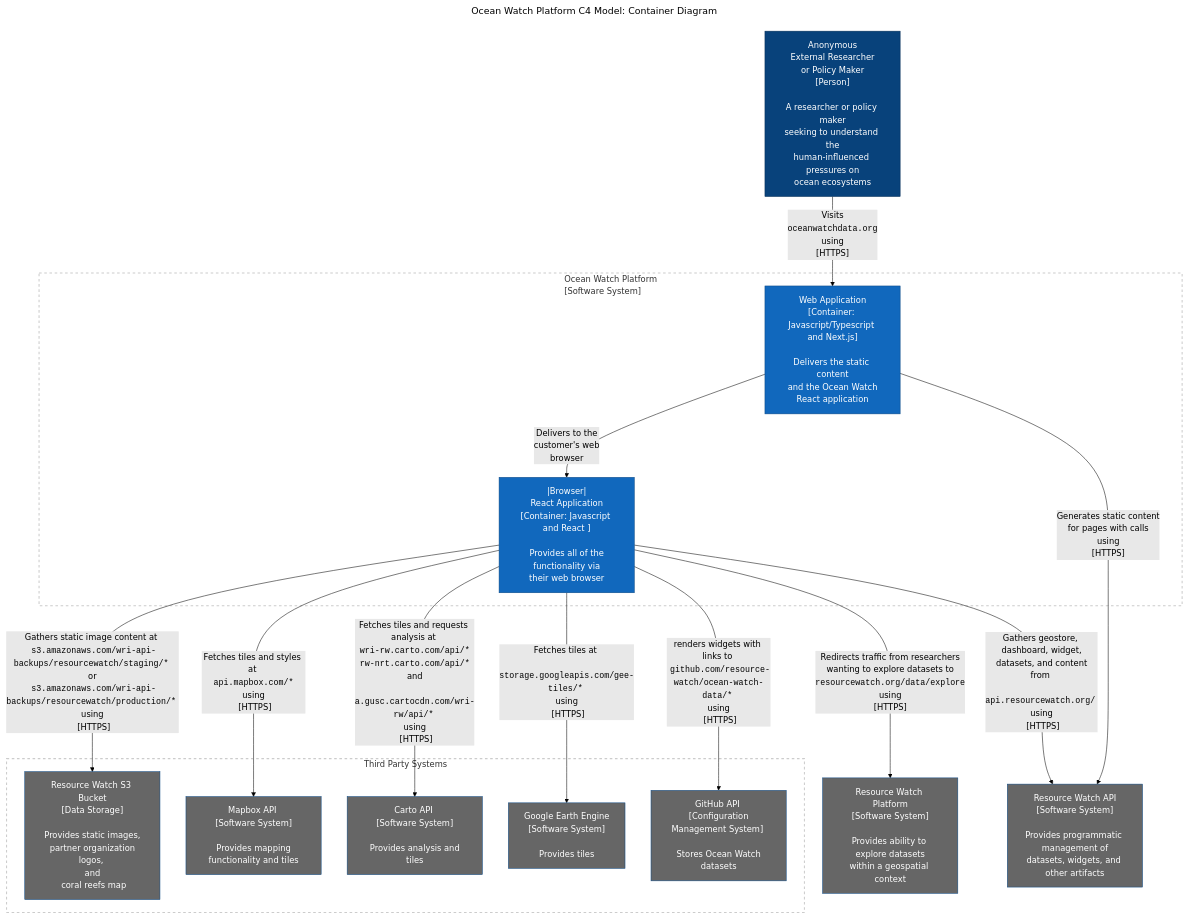
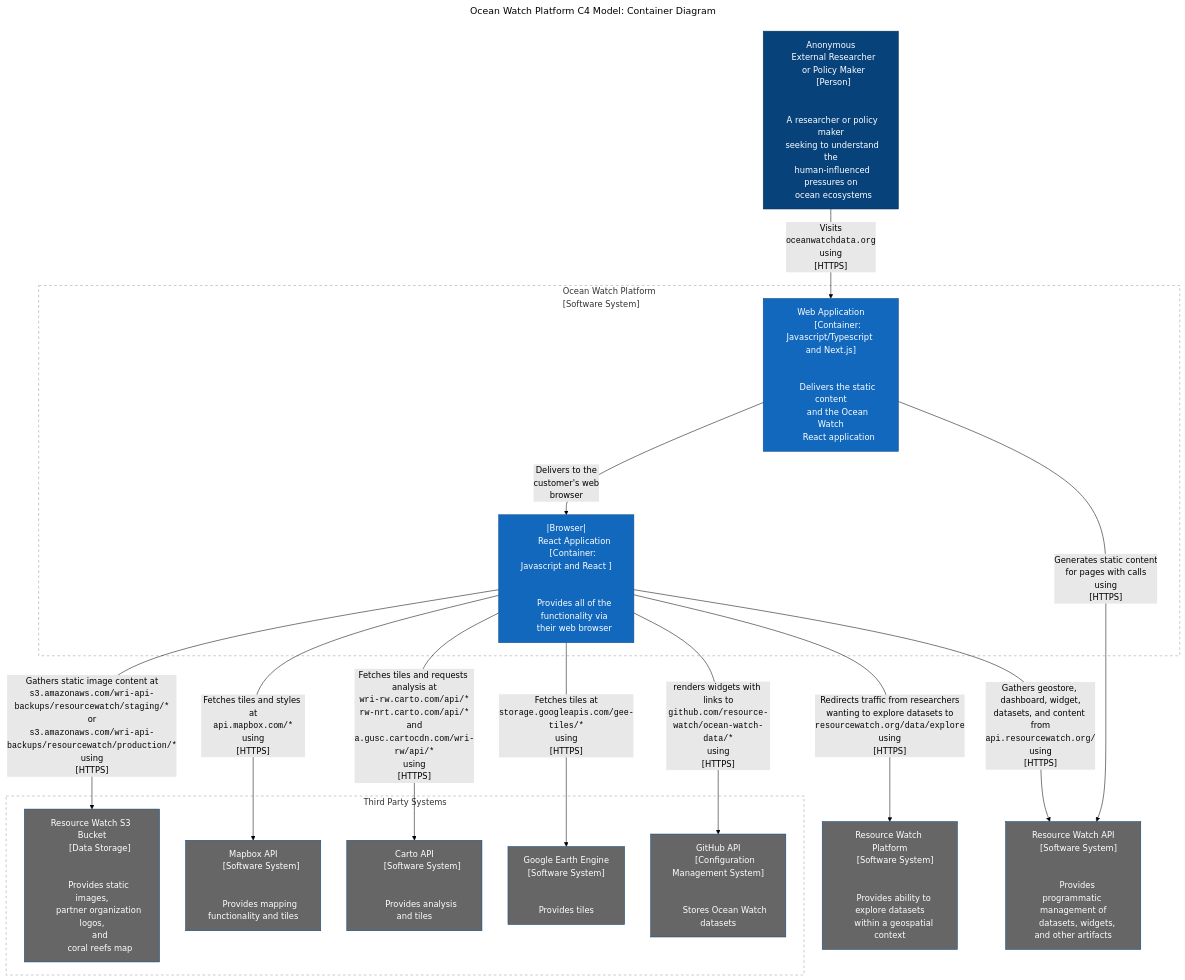
The diagram in docs/architecture/c4_L2_container.md (wri/ocean-watch), drawn with Mermaid (forest theme) before and after one commit. The commit also changed 1 other file, not shown here.

Commit message:
Update c4_L2_container.md (#48)
* Update c4_L2_container.md
Update container diagram to current mermaid syntax

```diff
--- a/docs/architecture/c4_L2_container.md
+++ b/docs/architecture/c4_L2_container.md
@@ -37,37 +37,87 @@
 title: "Ocean Watch Platform C4 Model: Container Diagram"
 ---
 flowchart TD
-  PersonResearcher["Anonymous\nExternal Researcher\nor Policy Maker\n[Person]\n\nA researcher or policy maker\nseeking to understand the\nhuman-influenced pressures on\nocean ecosystems"]
+  PersonResearcher["Anonymous
+  External Researcher
+  or Policy Maker
+  [Person]
+  <br>
+  A researcher or policy maker
+  seeking to understand the
+  human-influenced pressures on
+  ocean ecosystems"]
   
-    subgraph SystemOceanWatch["Ocean Watch Platform\n[Software System]"]
-      ContainerWebApplication["Web Application\n[Container: Javascript/Typescript and Next.js]\n\nDelivers the static content\nand the Ocean Watch\nReact application"]
-      ContainerNextjsApp["|Browser|\nReact Application\n[Container: Javascript and React ]\n\nProvides all of the\nfunctionality via\ntheir web browser"]
+    subgraph SystemOceanWatch["Ocean Watch Platform<br>[Software System]"]
+      ContainerWebApplication["Web Application
+      [Container: Javascript/Typescript and Next.js]
+      <br>
+      Delivers the static content
+      and the Ocean Watch
+      React application"]
+      ContainerNextjsApp["|Browser|
+      React Application
+      [Container: Javascript and React ]
+      <br>
+      Provides all of the
+      functionality via
+      their web browser"]
     end
     
     subgraph ThirdPartySystems["Third Party Systems"]
-      ExtSystemAmazonS3["Resource Watch S3 Bucket\n [Data Storage] \n\n Provides static images, \n partner organization logos, \n and \n coral reefs map"]
-      ExtSystemMapboxAPI["Mapbox API \n [Software System] \n\n Provides mapping functionality and tiles"]
-      ExtSystemCartoAPI["Carto API \n [Software System] \n\n Provides analysis and tiles"]
-      ExtSystemGEEAPI["Google Earth Engine \n [Software System] \n\n Provides tiles"]
-      ExtSystemGithubAPI["GitHub API \n [Configuration Management System] \n\n Stores Ocean Watch datasets"]
+      ExtSystemAmazonS3["Resource Watch S3 Bucket
+      [Data Storage]
+      <br>
+      Provides static images,
+      partner organization logos,
+      and
+      coral reefs map"]
+
+      ExtSystemMapboxAPI["Mapbox API
+      [Software System]
+      <br>
+      Provides mapping functionality and tiles"]
+
+      ExtSystemCartoAPI["Carto API
+      [Software System]
+      <br>
+      Provides analysis and tiles"]
+
+      ExtSystemGEEAPI["Google Earth Engine
+      [Software System]
+      <br>
+      Provides tiles"]
+
+      ExtSystemGithubAPI["GitHub API
+      [Configuration Management System]
+      <br>
+      Stores Ocean Watch datasets"]
     end
     
-    ExtSystemResourceWatchPlatform["Resource Watch Platform\n[Software System]\n\nProvides ability to explore datasets\nwithin a geospatial context"]
-    ExtSystemResourceWatchAPI["Resource Watch API\n[Software System]\n\nProvides programmatic management of\ndatasets, widgets, and other artifacts"]
+    ExtSystemResourceWatchPlatform["Resource Watch Platform
+    [Software System]
+    <br>
+    Provides ability to explore datasets
+    within a geospatial context"]
+
+    ExtSystemResourceWatchAPI["Resource Watch API
+    [Software System]
+    <br>
+    Provides programmatic management of
+    datasets, widgets, and other artifacts"]
     
 
-  PersonResearcher -- "Visits \n <code>oceanwatchdata.org</code> \n using \n [HTTPS]" --> ContainerWebApplication
+  PersonResearcher -- "Visits<br><code>oceanwatchdata.org</code><br>using<br>[HTTPS]" --> ContainerWebApplication
   
-  ContainerWebApplication -- "Delivers to the\ncustomer's web\nbrowser" --> ContainerNextjsApp
-  ContainerWebApplication -- "Generates static content \n for pages with calls \n using \n [HTTPS]" --> ExtSystemResourceWatchAPI
+  ContainerWebApplication -- "Delivers to the<br>customer's web<br>browser" --> ContainerNextjsApp
+  ContainerWebApplication -- "Generates static content<br>for pages with calls<br>using<br>[HTTPS]" --> ExtSystemResourceWatchAPI
   
-  ContainerNextjsApp -- "Gathers geostore, dashboard, widget,\n datasets, and content from \n <code>api.resourcewatch.org/</code> \n using \n [HTTPS]" --> ExtSystemResourceWatchAPI
-  ContainerNextjsApp -- "Redirects traffic from researchers\nwanting to explore datasets to\n<code>resourcewatch.org/data/explore</code>\nusing\n[HTTPS]" --> ExtSystemResourceWatchPlatform
-  ContainerNextjsApp -- "Gathers static image content at \n <code>s3.amazonaws.com/wri-api-backups/resourcewatch/staging/*</code> \n or \n <code>s3.amazonaws.com/wri-api-backups/resourcewatch/production/*</code> \n using \n [HTTPS]" --> ExtSystemAmazonS3
-  ContainerNextjsApp -- "Fetches tiles and styles at \n <code>api.mapbox.com/*</code> \n using \n [HTTPS]" --> ExtSystemMapboxAPI
-  ContainerNextjsApp -- "Fetches tiles and requests analysis at \n <code>wri-rw.carto.com/api/*</code> \n <code>rw-nrt.carto.com/api/*</code> \n and \n <code>a.gusc.cartocdn.com/wri-rw/api/*</code> \n using \n [HTTPS]" --> ExtSystemCartoAPI
-  ContainerNextjsApp -- "Fetches tiles at \n <code>storage.googleapis.com/gee-tiles/*</code> \n using \n [HTTPS]" --> ExtSystemGEEAPI
-  ContainerNextjsApp -- "renders widgets with links to \n <code>github.com/resource-watch/ocean-watch-data/*</code> \n using \n [HTTPS]" --> ExtSystemGithubAPI
+  ContainerNextjsApp -- "Gathers geostore, dashboard, widget,<br>datasets, and content from<br><code>api.resourcewatch.org/</code><br>using<br>[HTTPS]" --> ExtSystemResourceWatchAPI
+  ContainerNextjsApp -- "Redirects traffic from researchers<br>wanting to explore datasets to<br><code>resourcewatch.org/data/explore</code><br>using<br>[HTTPS]" --> ExtSystemResourceWatchPlatform
+  ContainerNextjsApp -- "Gathers static image content at<br><code>s3.amazonaws.com/wri-api-backups/resourcewatch/staging/*</code><br>or<br><code>s3.amazonaws.com/wri-api-backups/resourcewatch/production/*</code><br>using<br>[HTTPS]" --> ExtSystemAmazonS3
+  ContainerNextjsApp -- "Fetches tiles and styles at<br><code>api.mapbox.com/*</code><br>using<br>[HTTPS]" --> ExtSystemMapboxAPI
+  ContainerNextjsApp -- "Fetches tiles and requests analysis at<br><code>wri-rw.carto.com/api/*</code><br><code>rw-nrt.carto.com/api/*</code><br>and<br><code>a.gusc.cartocdn.com/wri-rw/api/*</code><br>using<br>[HTTPS]" --> ExtSystemCartoAPI
+  ContainerNextjsApp -- "Fetches tiles at<br><code>storage.googleapis.com/gee-tiles/*</code><br>using<br>[HTTPS]" --> ExtSystemGEEAPI
+  ContainerNextjsApp -- "renders widgets with links to<br><code>github.com/resource-watch/ocean-watch-data/*</code><br>using<br>[HTTPS]" --> ExtSystemGithubAPI
   
   click ExtSystemResourceWatchPlatform "https://resourcewatch.org" _blank
   click ExtSystemResourceWatchAPI "https://api.resourcewatch.org/" _blank
```
